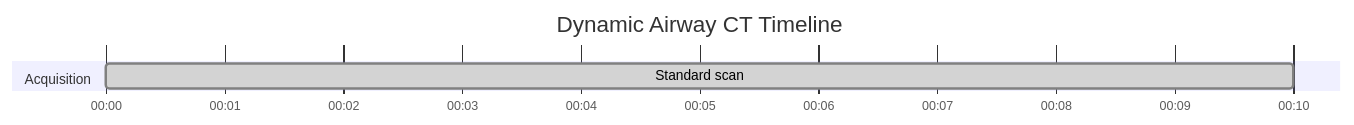
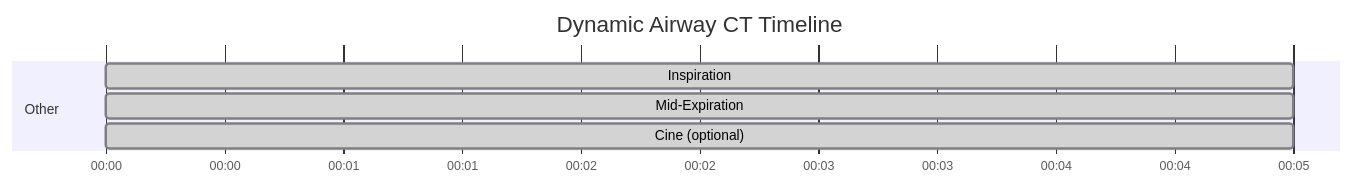
The diagram in docs/ct/chest/dynamic-airway-ct.md (dfergs93/radiology-protocols), drawn with Mermaid before and after one commit. The commit also changed 101 other files, not shown here.

````diff
--- a/docs/ct/chest/dynamic-airway-ct.md
+++ b/docs/ct/chest/dynamic-airway-ct.md
@@ -72,13 +72,17 @@
   ```mermaid
   ---
+  displayMode: compact
   config:
     theme: default
+    themeCSS: " #Saline{ fill: #4ed5ff; stroke: #2094f3; } "
   ---
     gantt
       title Dynamic Airway CT Timeline
       dateFormat mm:ss
       axisFormat %M:%S 
       
-      section Acquisition
-      Standard scan    :done, scan1, 00:00, 10s
+      section Other
+      Inspiration    :done, scan1, 00:00, 5s
+      Mid-Expiration    :done, scan2, 00:00, 5s
+      Cine (optional)    :done, scan3, 00:00, 5s
   ```
````
